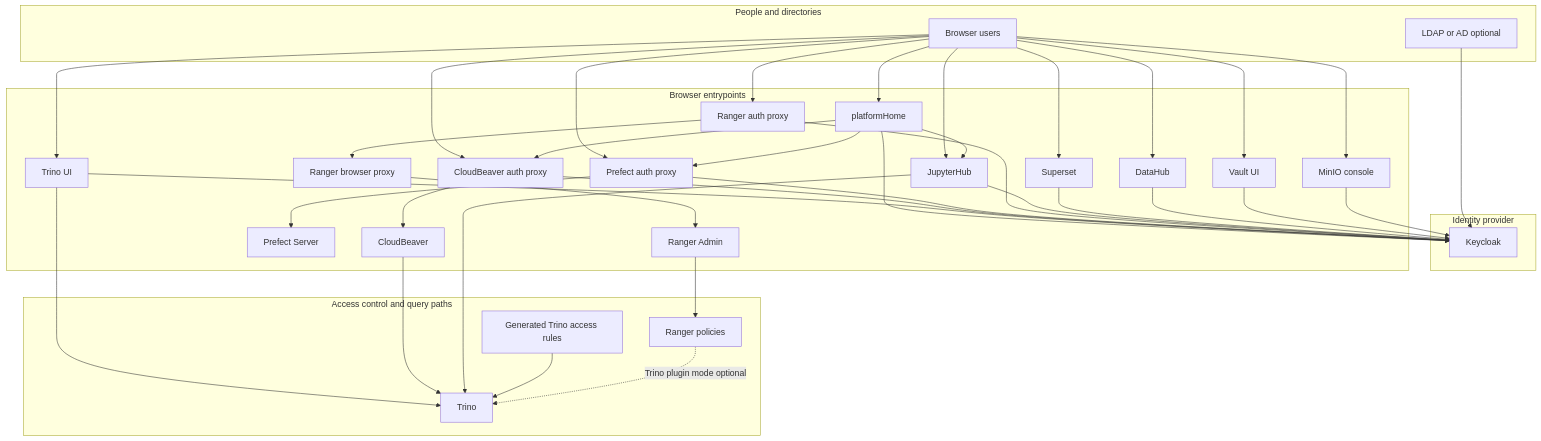
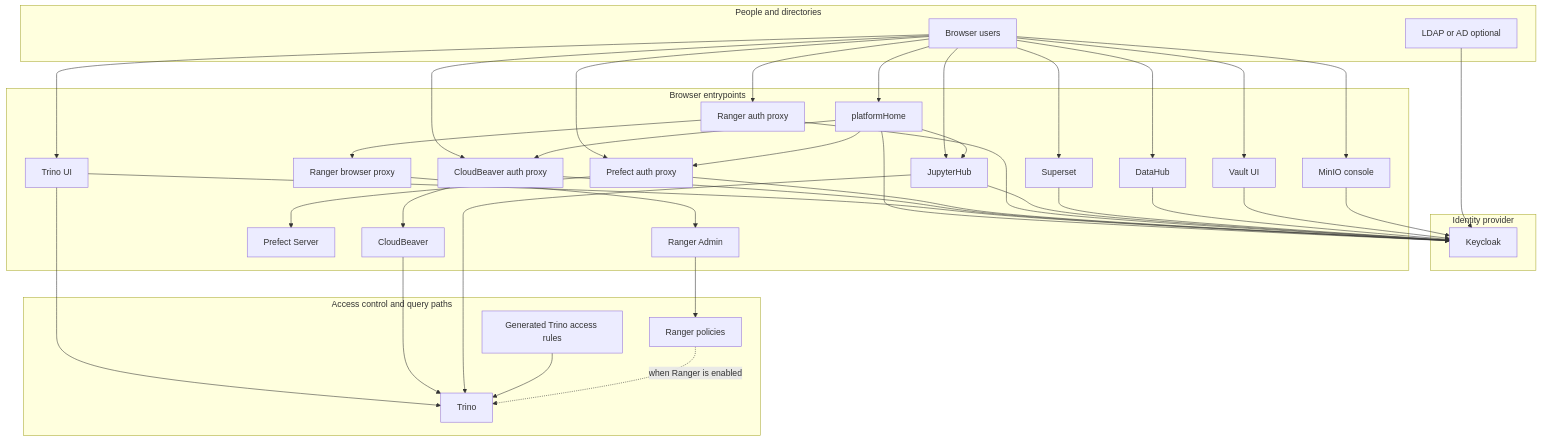
One commit to sanger-pathogens/dlh-in-a-box-umbrella-helm-chart changed the third of 3 diagrams in README.md. Above: the diagram before and after it, drawn with Mermaid. The commit also changed other lines of this file and 13 other files, not shown here.

````diff
--- a/README.md
+++ b/README.md
@@ -404,74 +404,74 @@
 ```mermaid
 flowchart TD
   subgraph People["People and directories"]
     Users[Browser users]
     LDAPUsers[LDAP or AD optional]
   end
 
   subgraph IdentityFlow["Identity provider"]
     KeycloakFlow[Keycloak]
   end
 
   subgraph BrowserFlows["Browser entrypoints"]
     PortalFlow[platformHome]
     TrinoUiFlow[Trino UI]
     CloudBeaverProxyFlow[CloudBeaver auth proxy]
     CloudBeaverFlow[CloudBeaver]
     PrefectProxyFlow[Prefect auth proxy]
     PrefectFlow[Prefect Server]
     RangerProxyFlow[Ranger auth proxy]
     RangerBrowserFlow[Ranger browser proxy]
     RangerAdminFlow[Ranger Admin]
     JupyterFlow[JupyterHub]
     SupersetFlow[Superset]
     DataHubFlow[DataHub]
     VaultFlow[Vault UI]
     MinioFlow[MinIO console]
   end
 
   subgraph Control["Access control and query paths"]
     RangerPolicies[Ranger policies]
     GeneratedRules[Generated Trino access rules]
     TrinoFlow[Trino]
   end
 
   LDAPUsers --> KeycloakFlow
 
   Users --> PortalFlow
   Users --> TrinoUiFlow
   Users --> CloudBeaverProxyFlow
   Users --> PrefectProxyFlow
   Users --> RangerProxyFlow
   Users --> JupyterFlow
   Users --> SupersetFlow
   Users --> DataHubFlow
   Users --> VaultFlow
   Users --> MinioFlow
 
   PortalFlow --> KeycloakFlow
   TrinoUiFlow --> KeycloakFlow
   CloudBeaverProxyFlow --> KeycloakFlow
   PrefectProxyFlow --> KeycloakFlow
   RangerProxyFlow --> KeycloakFlow
   JupyterFlow --> KeycloakFlow
   SupersetFlow --> KeycloakFlow
   DataHubFlow --> KeycloakFlow
   VaultFlow --> KeycloakFlow
   MinioFlow --> KeycloakFlow
 
   PortalFlow --> CloudBeaverProxyFlow
   PortalFlow --> PrefectProxyFlow
   PortalFlow --> JupyterFlow
 
   TrinoUiFlow --> TrinoFlow
   CloudBeaverProxyFlow --> CloudBeaverFlow
   CloudBeaverFlow --> TrinoFlow
   PrefectProxyFlow --> PrefectFlow
   RangerProxyFlow --> RangerBrowserFlow
   RangerBrowserFlow --> RangerAdminFlow
   JupyterFlow --> TrinoFlow
 
   RangerAdminFlow --> RangerPolicies
   GeneratedRules --> TrinoFlow
-  RangerPolicies -. Trino plugin mode optional .-> TrinoFlow
+  RangerPolicies -. when Ranger is enabled .-> TrinoFlow
 ```
````
